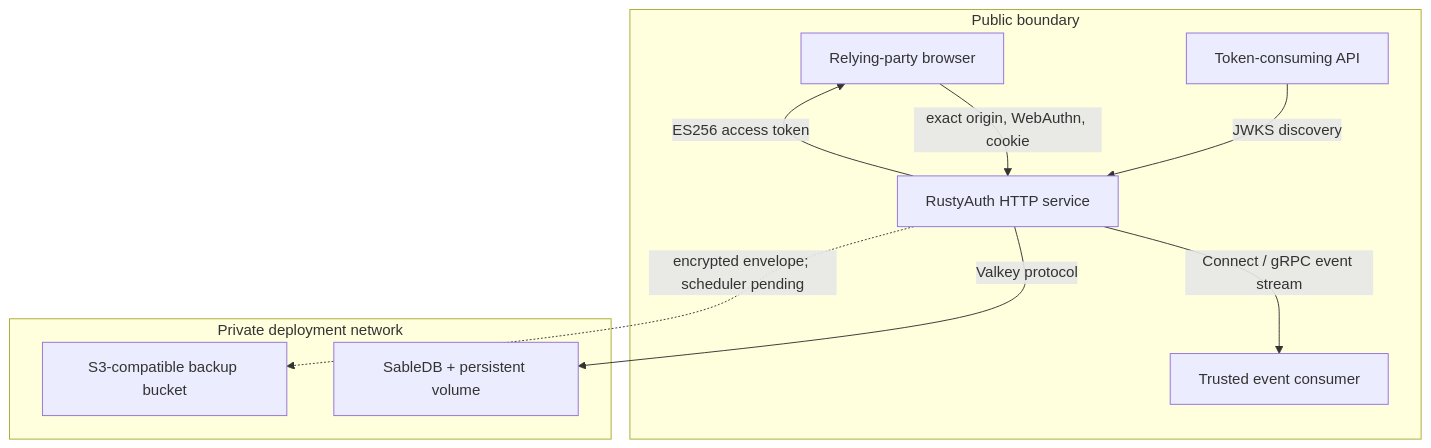
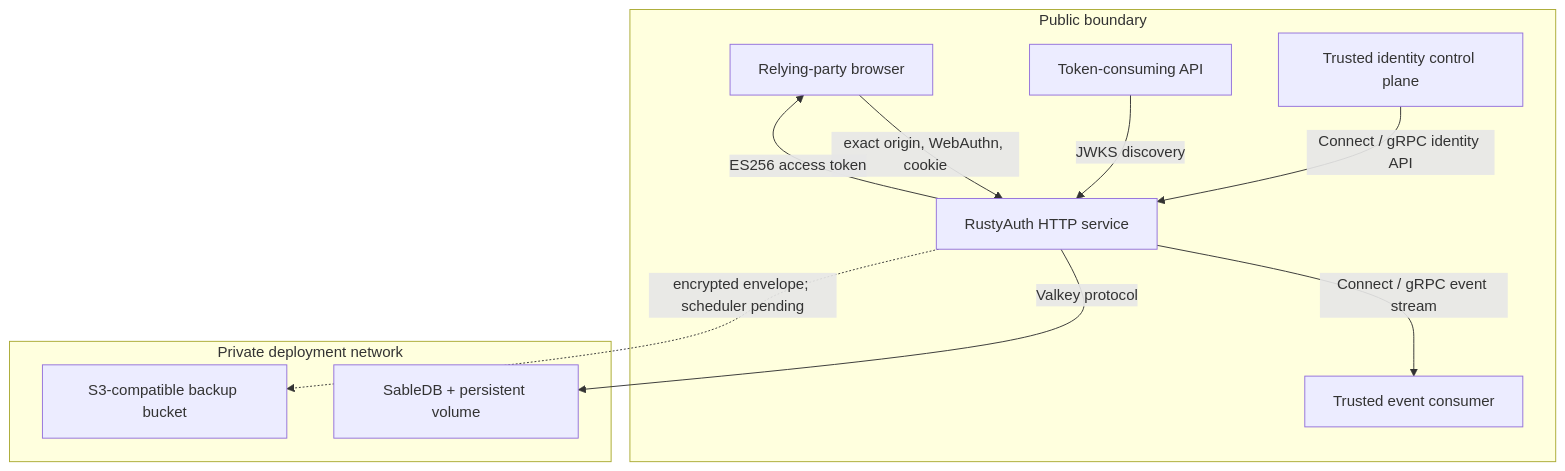
One commit to rusty-auth/rustyauth changed the first of 2 diagrams in docs/ARCHITECTURE.md. Above: the diagram before and after it, drawn with Mermaid. The commit also changed other lines of this file and 36 other files, not shown here.

Commit message:
feat: add private grpc identity control plane

````diff
--- a/docs/ARCHITECTURE.md
+++ b/docs/ARCHITECTURE.md
@@ -20,21 +20,23 @@
 ```mermaid
 flowchart TB
     subgraph Public["Public boundary"]
       Browser["Relying-party browser"]
       Consumer["Token-consuming API"]
       EventConsumer["Trusted event consumer"]
+      IdentityControl["Trusted identity control plane"]
       Auth["RustyAuth HTTP service"]
     end
 
     subgraph Private["Private deployment network"]
       Sable["SableDB + persistent volume"]
       Bucket["S3-compatible backup bucket"]
     end
 
     Browser -->|"exact origin, WebAuthn, cookie"| Auth
     Auth -->|"ES256 access token"| Browser
     Consumer -->|"JWKS discovery"| Auth
     Auth -->|"Connect / gRPC event stream"| EventConsumer
+    IdentityControl -->|"Connect / gRPC identity API"| Auth
     Auth -->|"Valkey protocol"| Sable
     Auth -.->|"encrypted envelope; scheduler pending"| Bucket
 ```
````
